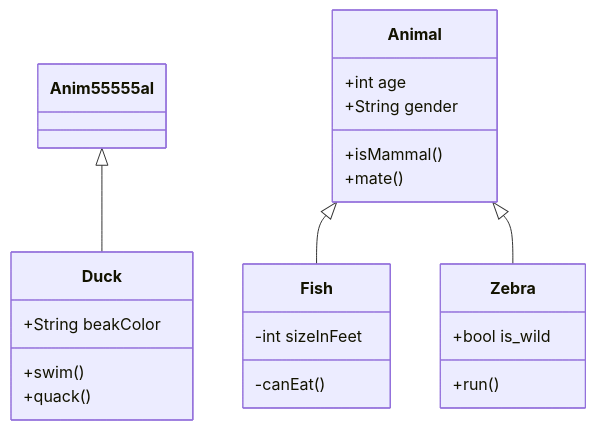
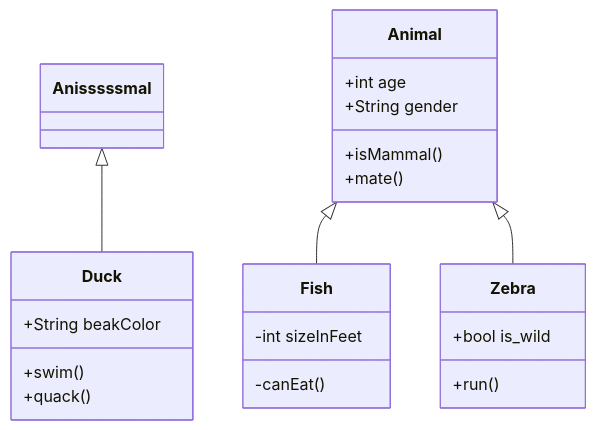
Before and after one commit to TalPeretzSwimm/Tal-github-app: the third of 3 diagrams in .swm/mermaid-flows-1512-try-2.40f86.sw.md, drawn with Mermaid. The commit also changed other lines of this file, not shown here.

Commit message:
docs(swimm): update swimms: "Mermaid flows - 15.12 | try 2"

````diff
--- a/.swm/mermaid-flows-1512-try-2.40f86.sw.md
+++ b/.swm/mermaid-flows-1512-try-2.40f86.sw.md
@@ -39,23 +55,23 @@
 ```mermaid
 classDiagram
-Anim55555al <|-- Duck
-Animal <|-- Fish
-Animal <|-- Zebra
-Animal : +int age
-Animal : +String gender
-Animal: +isMammal()
-Animal: +mate()
-class Duck{
-+String beakColor
-+swim()
-+quack()
-}
-class Fish{
--int sizeInFeet
--canEat()
-}
-class Zebra{
-+bool is_wild
-+run()
-}
+    Anisssssmal <|-- Duck
+    Animal <|-- Fish
+    Animal <|-- Zebra
+    Animal : +int age
+    Animal : +String gender
+    Animal: +isMammal()
+    Animal: +mate()
+    class Duck{
+      +String beakColor
+      +swim()
+      +quack()
+    }
+    class Fish{
+      -int sizeInFeet
+      -canEat()
+    }
+    class Zebra{
+      +bool is_wild
+      +run()
+    }
 ```
````
